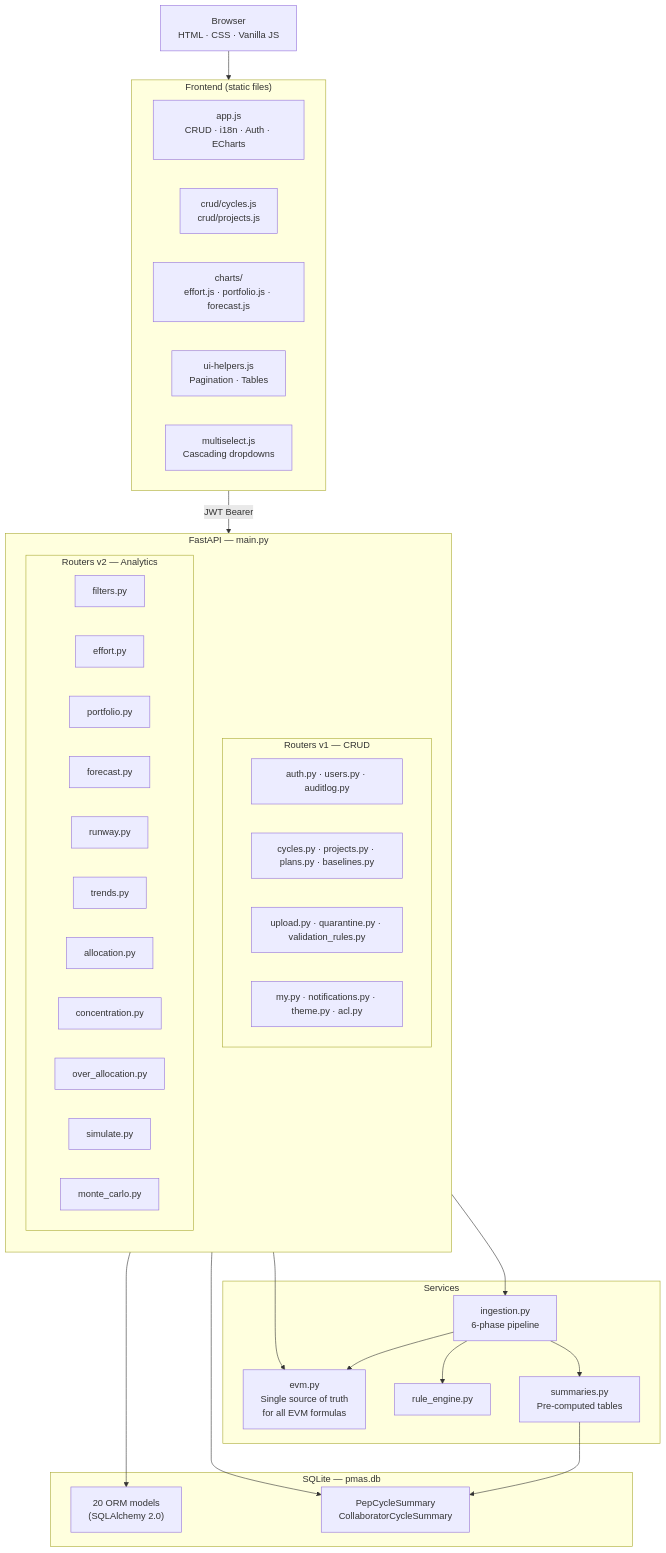
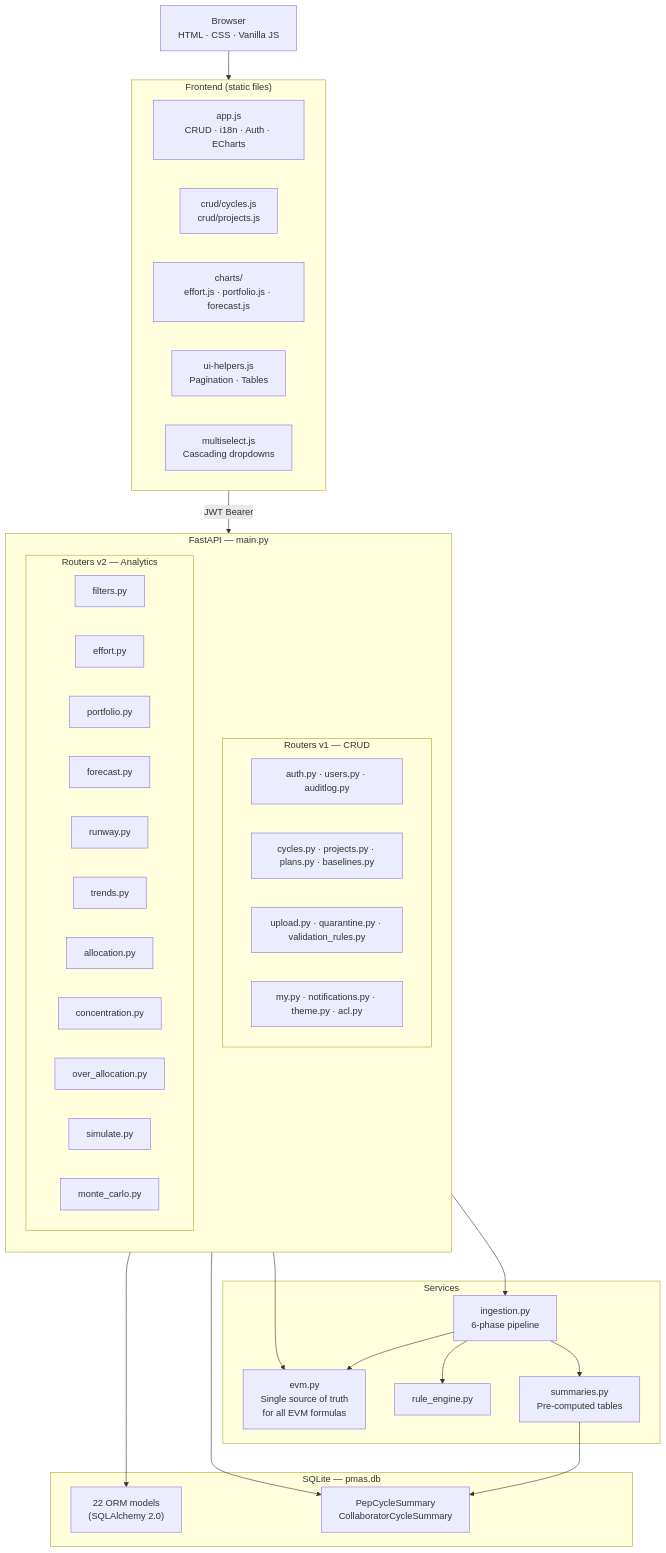
Before and after one commit to RtaSistemas/PMAS: the first of 6 diagrams in README.md, drawn with Mermaid. The commit also changed other lines of this file, not shown here.

````diff
--- a/README.md
+++ b/README.md
@@ -201,59 +201,59 @@
 ```mermaid
 graph TD
     Browser["Browser\nHTML · CSS · Vanilla JS"]
 
     subgraph FE["Frontend (static files)"]
         AppJS["app.js\nCRUD · i18n · Auth · ECharts"]
         CrudFiles["crud/cycles.js\ncrud/projects.js"]
         Charts["charts/\neffort.js · portfolio.js · forecast.js"]
         UIHelpers["ui-helpers.js\nPagination · Tables"]
         MS["multiselect.js\nCascading dropdowns"]
     end
 
     subgraph API["FastAPI — main.py"]
         direction TB
         subgraph V1["Routers v1 — CRUD"]
             Auth["auth.py · users.py · auditlog.py"]
             Data["cycles.py · projects.py · plans.py · baselines.py"]
             Ops["upload.py · quarantine.py · validation_rules.py"]
             UX["my.py · notifications.py · theme.py · acl.py"]
         end
         subgraph V2["Routers v2 — Analytics"]
             direction LR
             Filters["filters.py"]
             Effort["effort.py"]
             Portfolio["portfolio.py"]
             Forecast["forecast.py"]
             Runway["runway.py"]
             Trends["trends.py"]
             Alloc["allocation.py"]
             Conc["concentration.py"]
             OA["over_allocation.py"]
             Sim["simulate.py"]
             MC["monte_carlo.py"]
         end
     end
 
     subgraph SVC["Services"]
         Ingestion["ingestion.py\n6-phase pipeline"]
         EVM["evm.py\nSingle source of truth\nfor all EVM formulas"]
         RuleEng["rule_engine.py"]
         Summaries["summaries.py\nPre-computed tables"]
     end
 
     subgraph DB["SQLite — pmas.db"]
-        Models["20 ORM models\n(SQLAlchemy 2.0)"]
+        Models["22 ORM models\n(SQLAlchemy 2.0)"]
         Summary["PepCycleSummary\nCollaboratorCycleSummary"]
     end
 
     Browser --> FE
     FE -->|JWT Bearer| API
     V1 --> Ingestion
     Ingestion --> EVM
     Ingestion --> RuleEng
     Ingestion --> Summaries
     V2 --> EVM
     V2 --> Summary
     API --> Models
     Summaries --> Summary
 ```
````
